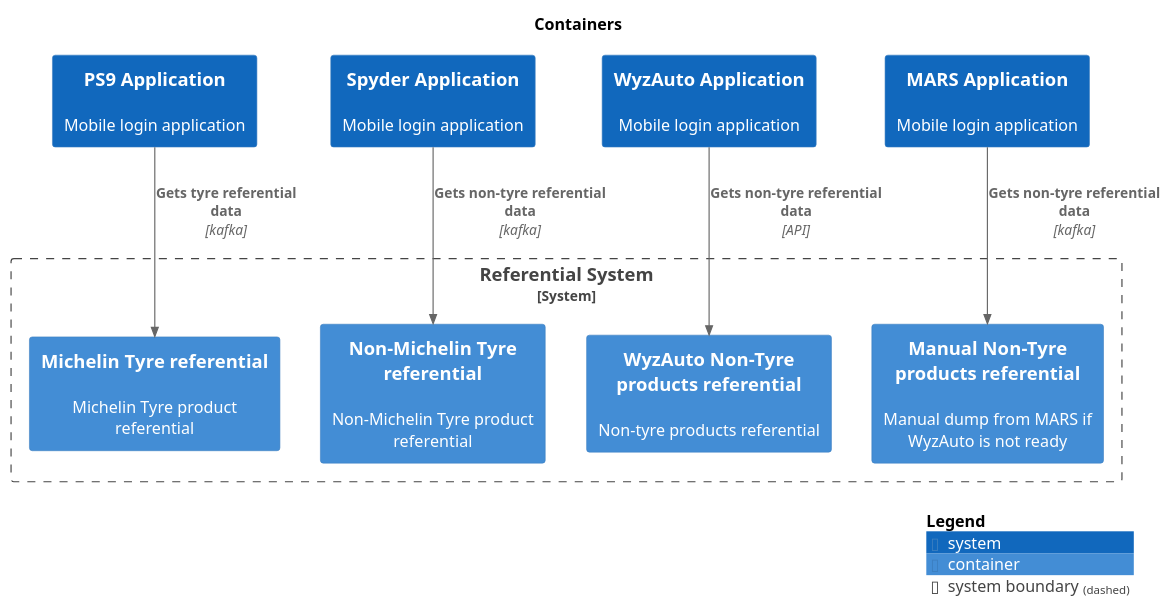
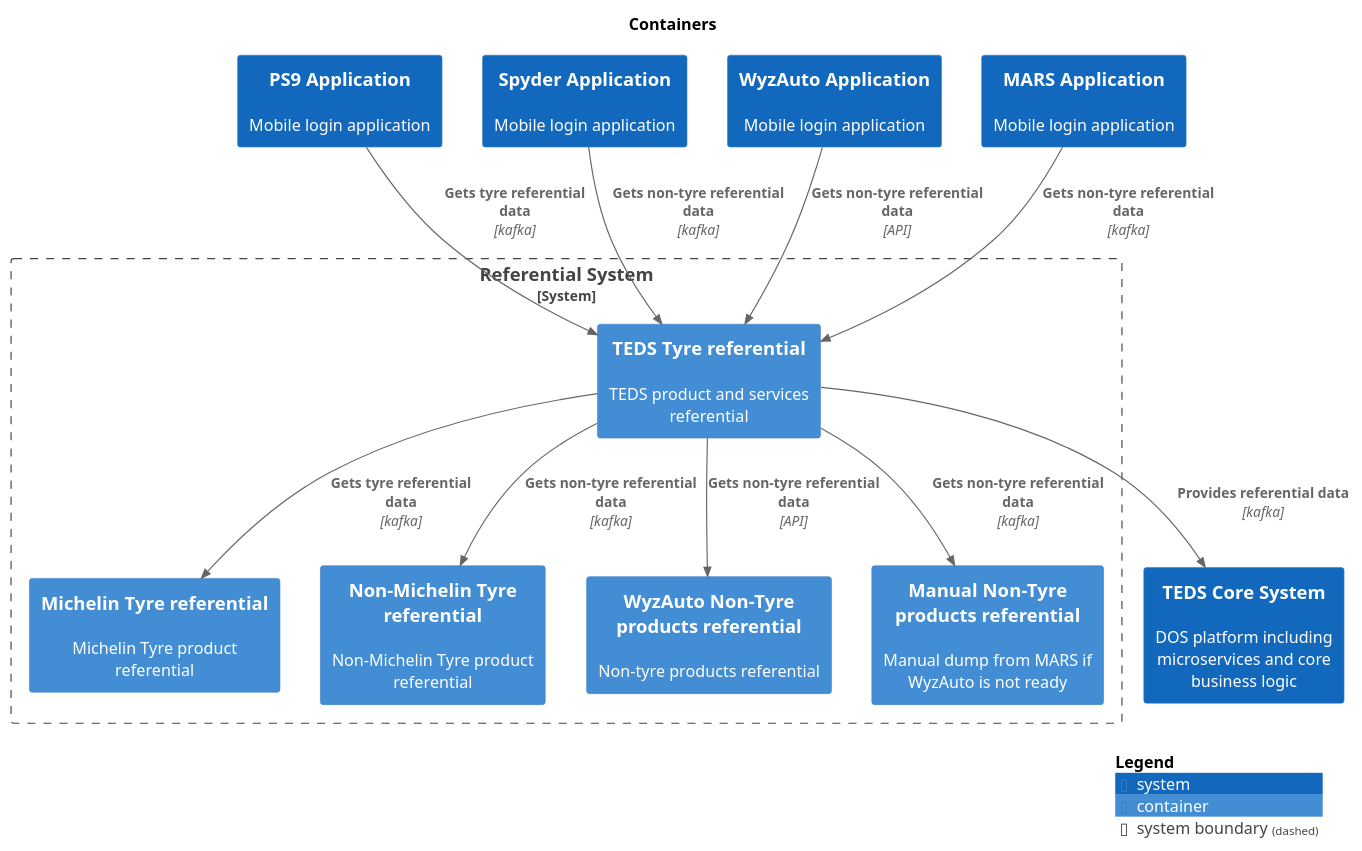
Before and after one commit to kzsahay/teds: the diagram in main/puml/Level2_referential_Containers.puml, drawn with PlantUML. The commit also changed 35 other files, not shown here.

```diff
--- a/main/puml/Level2_referential_Containers.puml
+++ b/main/puml/Level2_referential_Containers.puml
@@ -1,29 +1,36 @@
 @startuml
 set separator none
 title Containers
 
 top to bottom direction
 
 !include <C4/C4>
 !include <C4/C4_Context>
 !include <C4/C4_Container>
 
+System(TEDSCoreSystem, "TEDS Core System", $descr="DOS platform including microservices and core business logic", $tags="", $link="")
 System(PS9Application, "PS9 Application", $descr="Mobile login application", $tags="", $link="")
 System(SpyderApplication, "Spyder Application", $descr="Mobile login application", $tags="", $link="")
 System(WyzAutoApplication, "WyzAuto Application", $descr="Mobile login application", $tags="", $link="")
 System(MARSApplication, "MARS Application", $descr="Mobile login application", $tags="", $link="")
 
 System_Boundary("ReferentialSystem_boundary", "Referential System", $tags="") {
+  Container(ReferentialSystem.TEDSTyrereferential, "TEDS Tyre referential", $techn="", $descr="TEDS product and services referential", $tags="", $link="")
   Container(ReferentialSystem.MichelinTyrereferential, "Michelin Tyre referential", $techn="", $descr="Michelin Tyre product referential", $tags="", $link="")
   Container(ReferentialSystem.NonMichelinTyrereferential, "Non-Michelin Tyre referential", $techn="", $descr="Non-Michelin Tyre product referential", $tags="", $link="")
   Container(ReferentialSystem.WyzAutoNonTyreproductsreferential, "WyzAuto Non-Tyre products referential", $techn="", $descr="Non-tyre products referential", $tags="", $link="")
   Container(ReferentialSystem.ManualNonTyreproductsreferential, "Manual Non-Tyre products referential", $techn="", $descr="Manual dump from MARS if WyzAuto is not ready", $tags="", $link="")
 }
 
-Rel(PS9Application, ReferentialSystem.MichelinTyrereferential, "Gets tyre referential data", $techn="kafka", $tags="", $link="")
-Rel(SpyderApplication, ReferentialSystem.NonMichelinTyrereferential, "Gets non-tyre referential data", $techn="kafka", $tags="", $link="")
-Rel(WyzAutoApplication, ReferentialSystem.WyzAutoNonTyreproductsreferential, "Gets non-tyre referential data", $techn="API", $tags="", $link="")
-Rel(MARSApplication, ReferentialSystem.ManualNonTyreproductsreferential, "Gets non-tyre referential data", $techn="kafka", $tags="", $link="")
+Rel(MARSApplication, ReferentialSystem.TEDSTyrereferential, "Gets non-tyre referential data", $techn="kafka", $tags="", $link="")
+Rel(ReferentialSystem.TEDSTyrereferential, ReferentialSystem.ManualNonTyreproductsreferential, "Gets non-tyre referential data", $techn="kafka", $tags="", $link="")
+Rel(ReferentialSystem.TEDSTyrereferential, TEDSCoreSystem, "Provides referential data", $techn="kafka", $tags="", $link="")
+Rel(PS9Application, ReferentialSystem.TEDSTyrereferential, "Gets tyre referential data", $techn="kafka", $tags="", $link="")
+Rel(ReferentialSystem.TEDSTyrereferential, ReferentialSystem.MichelinTyrereferential, "Gets tyre referential data", $techn="kafka", $tags="", $link="")
+Rel(SpyderApplication, ReferentialSystem.TEDSTyrereferential, "Gets non-tyre referential data", $techn="kafka", $tags="", $link="")
+Rel(ReferentialSystem.TEDSTyrereferential, ReferentialSystem.NonMichelinTyrereferential, "Gets non-tyre referential data", $techn="kafka", $tags="", $link="")
+Rel(WyzAutoApplication, ReferentialSystem.TEDSTyrereferential, "Gets non-tyre referential data", $techn="API", $tags="", $link="")
+Rel(ReferentialSystem.TEDSTyrereferential, ReferentialSystem.WyzAutoNonTyreproductsreferential, "Gets non-tyre referential data", $techn="API", $tags="", $link="")
 
 SHOW_LEGEND(true)
 @enduml
```
